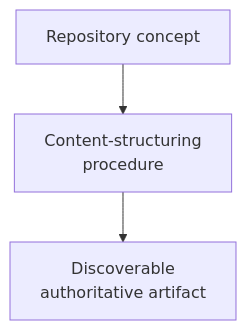
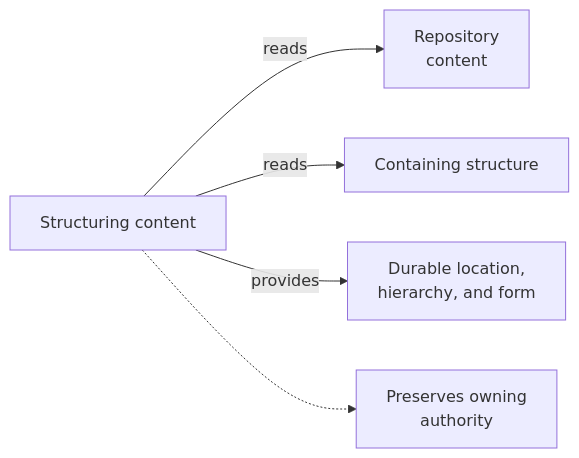
The diagram in skills/structuring-content/as-is.md (abstract-business-systems/as-is), drawn with Mermaid before and after one commit. The commit also changed other lines of this file and 245 other files, not shown here.

````diff
--- a/skills/structuring-content/as-is.md
+++ b/skills/structuring-content/as-is.md
@@ -22,5 +18,7 @@
 ```mermaid
-flowchart TD
-    A["Repository concept"] --> B["Content-structuring<br/>procedure"]
-    B --> C["Discoverable<br/>authoritative artifact"]
+flowchart LR
+    Skill["Structuring content"] -->|reads| Content["Repository<br/>content"]
+    Skill -->|reads| Structure["Containing structure"]
+    Skill -->|provides| Location["Durable location,<br/>hierarchy, and form"]
+    Skill -.-> Boundary["Preserves owning<br/>authority"]
 ```
````
